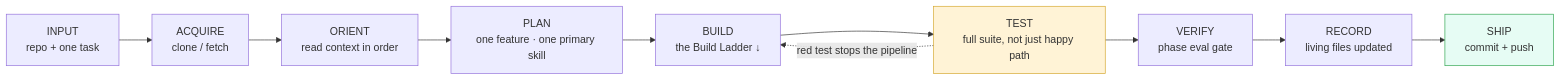
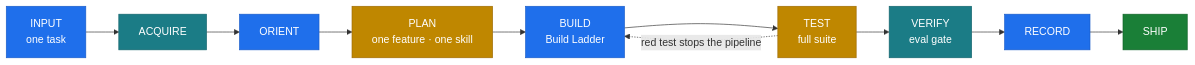
One commit to shanmukhanssm/placement-prep-agent changed the fifth of 6 diagrams in README.md. Above: the diagram before and after it, drawn with Mermaid. The commit also changed other lines of this file, not shown here.

First line of the commit message:
docs(readme): vivid high-contrast diagrams + tighten to ~70% length

````diff
--- a/README.md
+++ b/README.md
@@ -281,14 +200,10 @@
 ```mermaid
 flowchart LR
-    A["INPUT<br/>repo + one task"] --> B["ACQUIRE<br/>clone / fetch"]
-    B --> C["ORIENT<br/>read context in order"]
-    C --> D["PLAN<br/>one feature · one primary skill"]
-    D --> E["BUILD<br/>the Build Ladder ↓"]
-    E --> F["TEST<br/>full suite, not just happy path"]
-    F --> G["VERIFY<br/>phase eval gate"]
-    G --> H["RECORD<br/>living files updated"]
-    H --> I["SHIP<br/>commit + push"]
+    A["INPUT<br/>one task"] --> B["ACQUIRE"] --> C["ORIENT"] --> D["PLAN<br/>one feature · one skill"] --> E["BUILD<br/>Build Ladder"] --> F["TEST<br/>full suite"] --> G["VERIFY<br/>eval gate"] --> H["RECORD"] --> I["SHIP"]
     F -. "red test stops the pipeline" .-> E
-    style I fill:#e6fcf4,stroke:#2da44e
-    style F fill:#fff3d6,stroke:#d4a72c
+    classDef blue fill:#1f6feb,stroke:#1a5cc8,color:#fff
+    classDef teal fill:#1b7c86,stroke:#14646d,color:#fff
+    classDef amber fill:#bf8700,stroke:#9e6a03,color:#fff
+    classDef green fill:#1a7f37,stroke:#116329,color:#fff
+    class A,C,E,H blue; class B,G teal; class D,F amber; class I green
 ```
````
